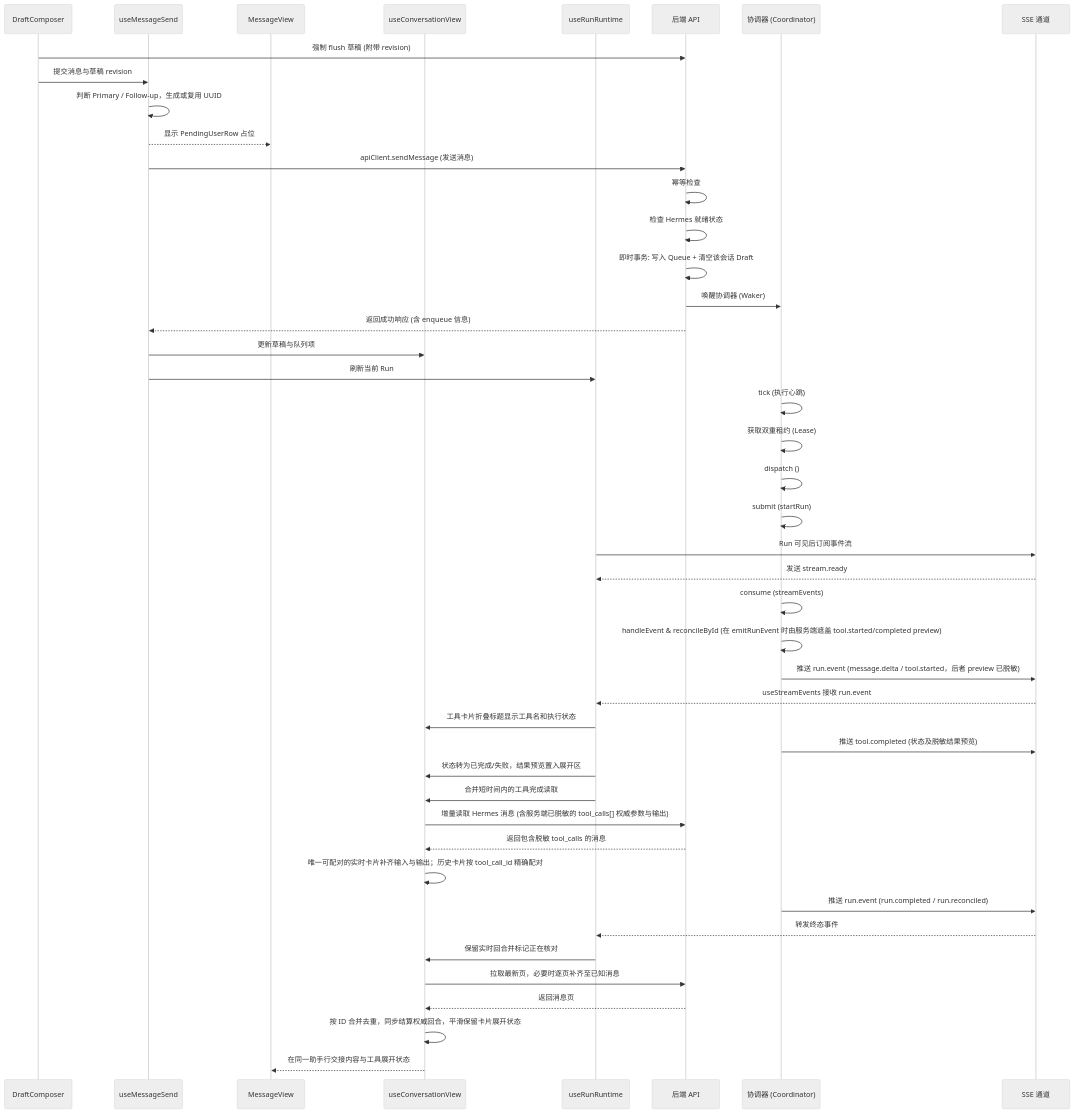
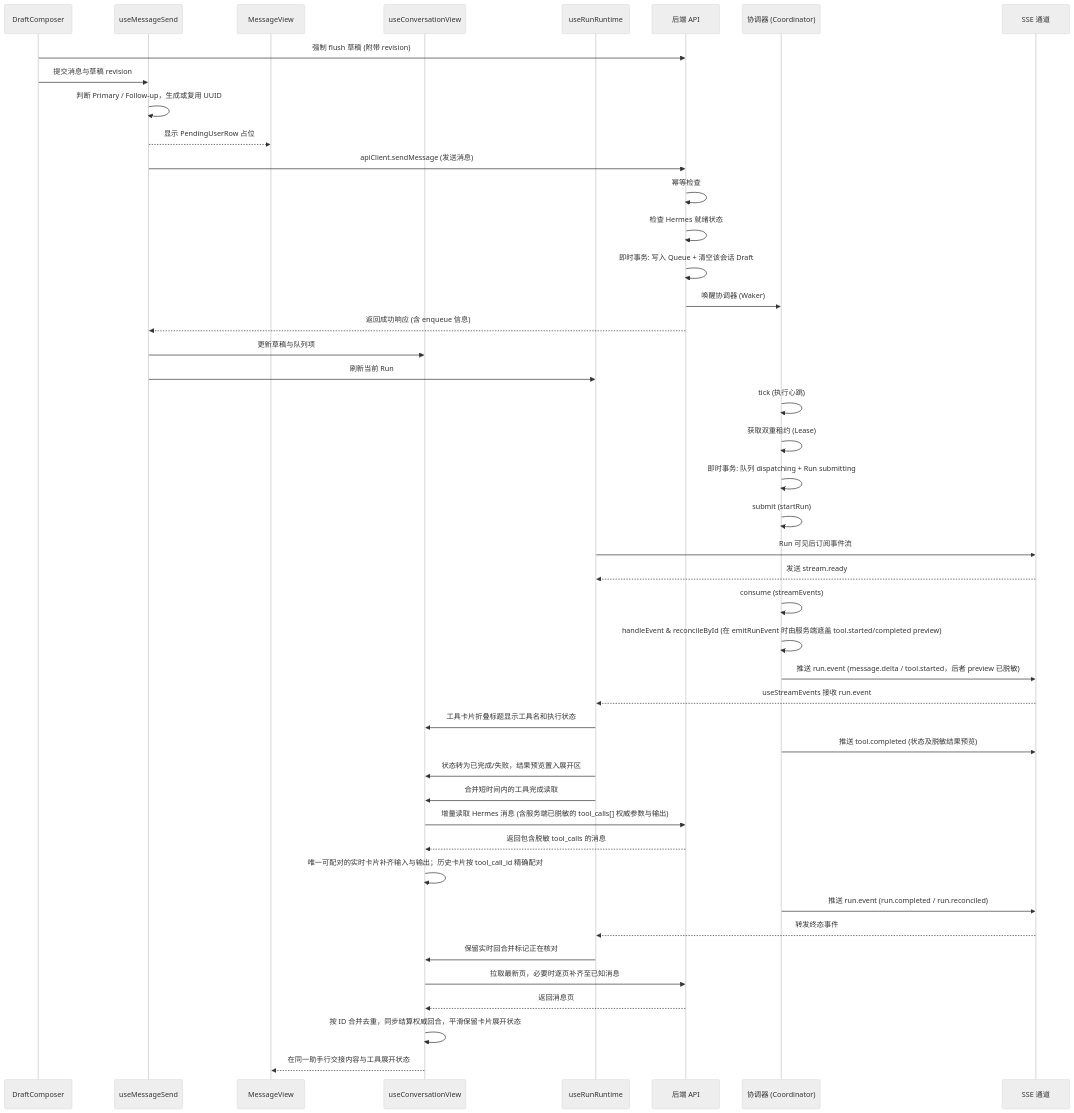
Before and after one commit to ermu03/emu-chat: the first of 7 diagrams in docs/07-data-flow.md, drawn with Mermaid (neutral theme). The commit also changed other lines of this file and 21 other files, not shown here.

````diff
--- a/docs/07-data-flow.md
+++ b/docs/07-data-flow.md
@@ -9,51 +9,51 @@
 ```mermaid
 sequenceDiagram
     participant Composer as DraftComposer
     participant Send as useMessageSend
     participant Messages as MessageView
     participant View as useConversationView
     participant Runtime as useRunRuntime
     participant API as 后端 API
     participant Coord as 协调器 (Coordinator)
     participant SSE as SSE 通道
 
     Composer->>API: 强制 flush 草稿 (附带 revision)
     Composer->>Send: 提交消息与草稿 revision
     Send->>Send: 判断 Primary / Follow-up，生成或复用 UUID
     Send-->>Messages: 显示 PendingUserRow 占位
     Send->>API: apiClient.sendMessage (发送消息)
     
     API->>API: 幂等检查
     API->>API: 检查 Hermes 就绪状态
     API->>API: 即时事务: 写入 Queue + 清空该会话 Draft
     API->>Coord: 唤醒协调器 (Waker)
     API-->>Send: 返回成功响应 (含 enqueue 信息)
     Send->>View: 更新草稿与队列项
     Send->>Runtime: 刷新当前 Run
 
     Coord->>Coord: tick (执行心跳)
     Coord->>Coord: 获取双重租约 (Lease)
-    Coord->>Coord: dispatch ()
+    Coord->>Coord: 即时事务: 队列 dispatching + Run submitting
     Coord->>Coord: submit (startRun)
     Runtime->>SSE: Run 可见后订阅事件流
     SSE-->>Runtime: 发送 stream.ready
     Coord->>Coord: consume (streamEvents)
     Coord->>Coord: handleEvent & reconcileById (在 emitRunEvent 时由服务端遮盖 tool.started/completed preview)
 
     Coord->>SSE: 推送 run.event (message.delta / tool.started，后者 preview 已脱敏)
     SSE-->>Runtime: useStreamEvents 接收 run.event
     Runtime->>View: 工具卡片折叠标题显示工具名和执行状态
     Coord->>SSE: 推送 tool.completed (状态及脱敏结果预览)
     Runtime->>View: 状态转为已完成/失败，结果预览置入展开区
     Runtime->>View: 合并短时间内的工具完成读取
     View->>API: 增量读取 Hermes 消息 (含服务端已脱敏的 tool_calls[] 权威参数与输出)
     API-->>View: 返回包含脱敏 tool_calls 的消息
     View->>View: 唯一可配对的实时卡片补齐输入与输出；历史卡片按 tool_call_id 精确配对
     Coord->>SSE: 推送 run.event (run.completed / run.reconciled)
     SSE-->>Runtime: 转发终态事件
     Runtime->>View: 保留实时回合并标记正在核对
     View->>API: 拉取最新页，必要时逐页补齐至已知消息
     API-->>View: 返回消息页
     View->>View: 按 ID 合并去重，同步结算权威回合，平滑保留卡片展开状态
     View-->>Messages: 在同一助手行交接内容与工具展开状态
 ```
````
